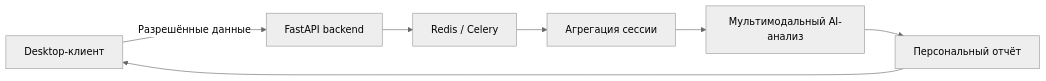
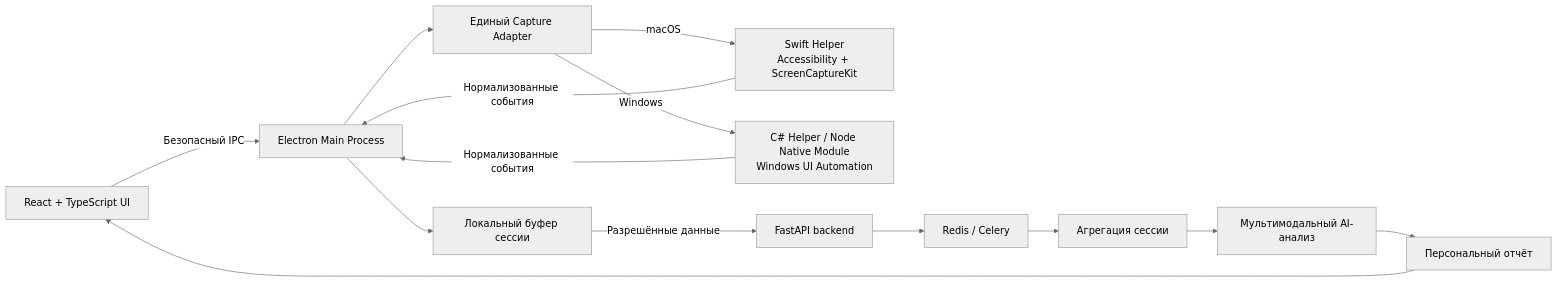
Before and after one commit to nezqt3/Mirror: the second of 2 diagrams in README.ru.md, drawn with Mermaid (neutral theme). The commit also changed other lines of this file and 38 other files, not shown here.

Commit message:
feat: add base structure of the project(mac + windows)

````diff
--- a/README.ru.md
+++ b/README.ru.md
@@ -175,9 +178,16 @@
 ```mermaid
 flowchart LR
-    D[Desktop-клиент] -->|Разрешённые данные| API[FastAPI backend]
+    UI[React + TypeScript UI] -->|Безопасный IPC| MAIN[Electron Main Process]
+    MAIN --> ADAPTER[Единый Capture Adapter]
+    ADAPTER -->|macOS| SWIFT[Swift Helper<br/>Accessibility + ScreenCaptureKit]
+    ADAPTER -->|Windows| WIN[C# Helper / Node Native Module<br/>Windows UI Automation]
+    SWIFT -->|Нормализованные события| MAIN
+    WIN -->|Нормализованные события| MAIN
+    MAIN --> BUFFER[Локальный буфер сессии]
+    BUFFER -->|Разрешённые данные| API[FastAPI backend]
     API --> Q[Redis / Celery]
     Q --> AGG[Агрегация сессии]
     AGG --> AI[Мультимодальный AI-анализ]
     AI --> R[Персональный отчёт]
-    R --> D
+    R --> UI
 ```
````
